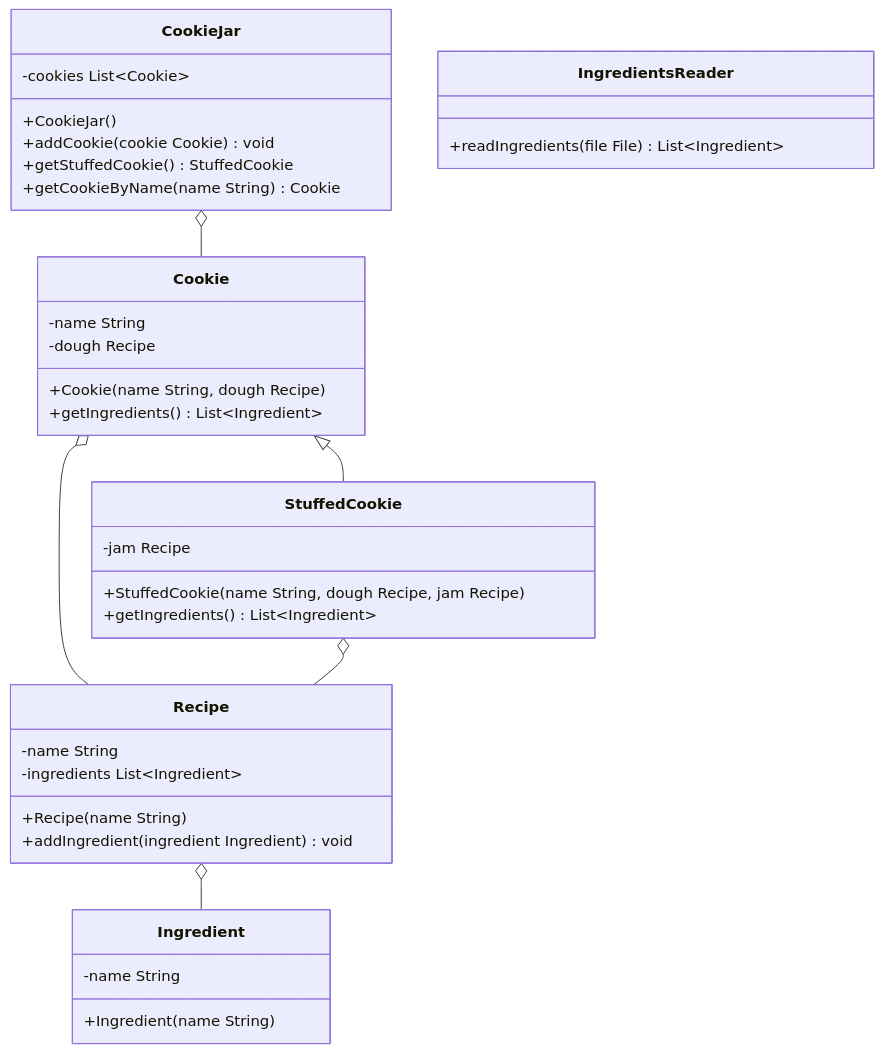
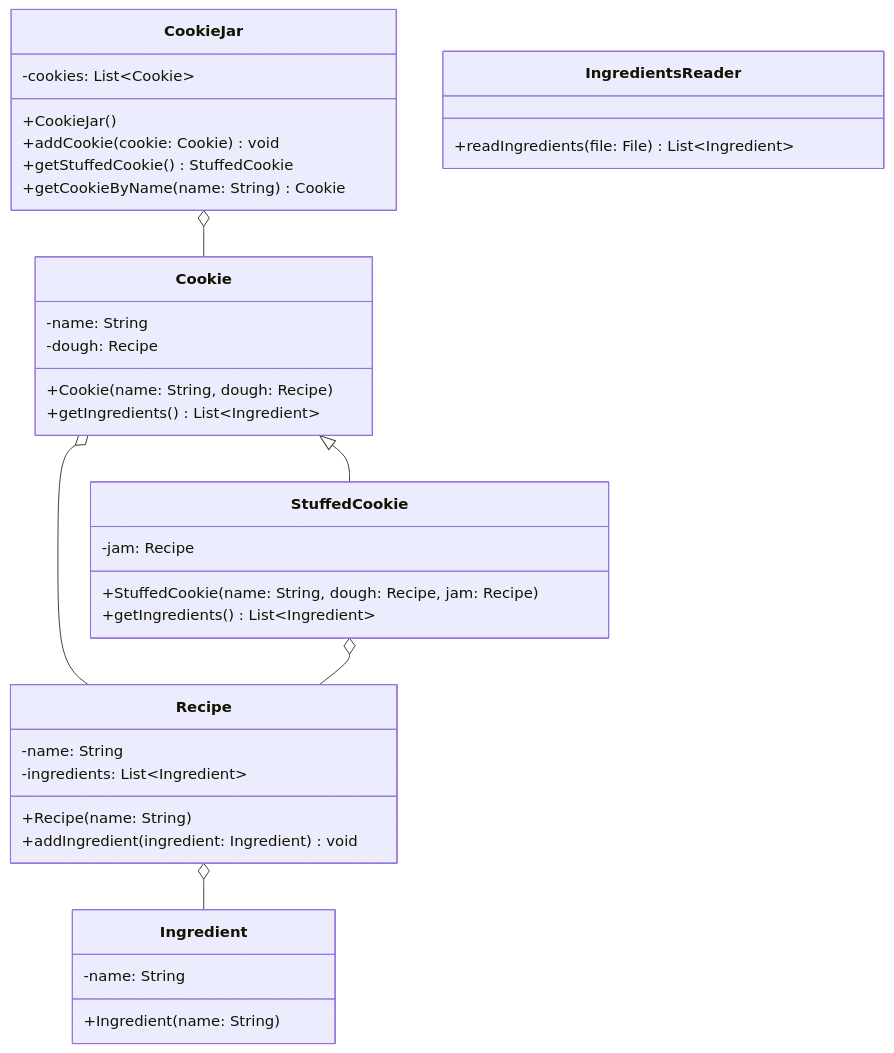
One commit to jappuccini/java-docs changed the diagram in docs/exam-exercises/exam-exercises-java1/cookie-jar.md. Above: the diagram before and after it, drawn with Mermaid. The commit also changed other lines of this file and 76 other files, not shown here.

Commit message:
uml fixes (colons, properties), headline fixes (italic) and exam result updates

````diff
--- a/docs/exam-exercises/exam-exercises-java1/cookie-jar.md
+++ b/docs/exam-exercises/exam-exercises-java1/cookie-jar.md
@@ -12,45 +12,45 @@
 ```mermaid
 classDiagram
     CookieJar o-- Cookie
     Cookie <|-- StuffedCookie
     Cookie o-- Recipe
     StuffedCookie o-- Recipe
     Recipe o-- Ingredient
 
     class CookieJar {
-        -cookies List~Cookie~
+        -cookies: List~Cookie~
         +CookieJar()
-        +addCookie(cookie Cookie) void
+        +addCookie(cookie: Cookie) void
         +getStuffedCookie() StuffedCookie
-        +getCookieByName(name String) Cookie
+        +getCookieByName(name: String) Cookie
     }
 
     class Cookie {
-        -name String
-        -dough Recipe
-        +Cookie(name String, dough Recipe)
+        -name: String
+        -dough: Recipe
+        +Cookie(name: String, dough: Recipe)
         +getIngredients() List~Ingredient~
     }
 
     class StuffedCookie {
-        -jam Recipe
-        +StuffedCookie(name String, dough Recipe, jam Recipe)
+        -jam: Recipe
+        +StuffedCookie(name: String, dough: Recipe, jam: Recipe)
         +getIngredients() List~Ingredient~
     }
 
     class Recipe {
-        -name String
-        -ingredients List~Ingredient~
-        +Recipe(name String)
-        +addIngredient(ingredient Ingredient) void
+        -name: String
+        -ingredients: List~Ingredient~
+        +Recipe(name: String)
+        +addIngredient(ingredient: Ingredient) void
     }
 
     class Ingredient {
-        -name String
-        +Ingredient(name String)
+        -name: String
+        +Ingredient(name: String)
     }
 
     class IngredientsReader {
-        +readIngredients(file File) List~Ingredient~
+        +readIngredients(file: File) List~Ingredient~
     }
 ```
````
